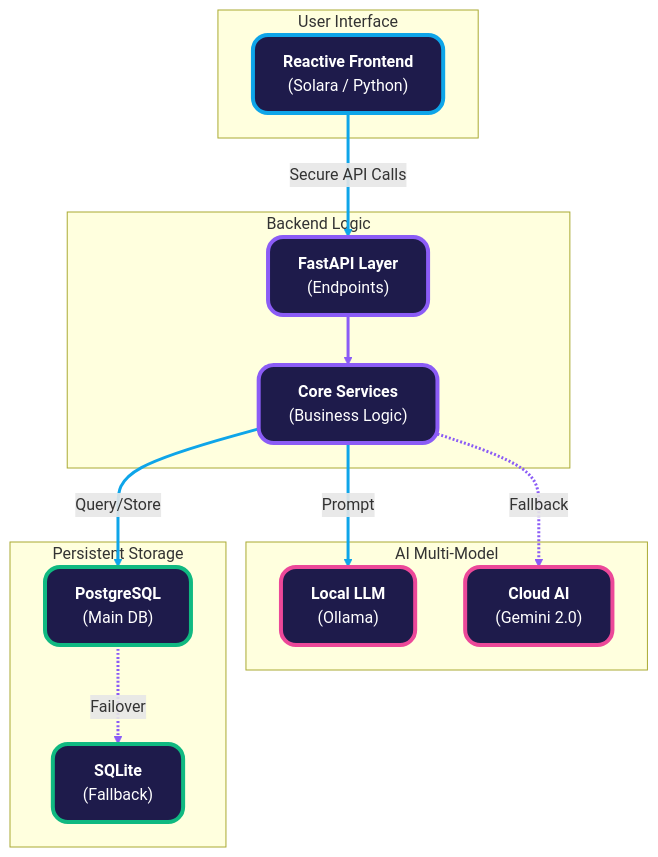
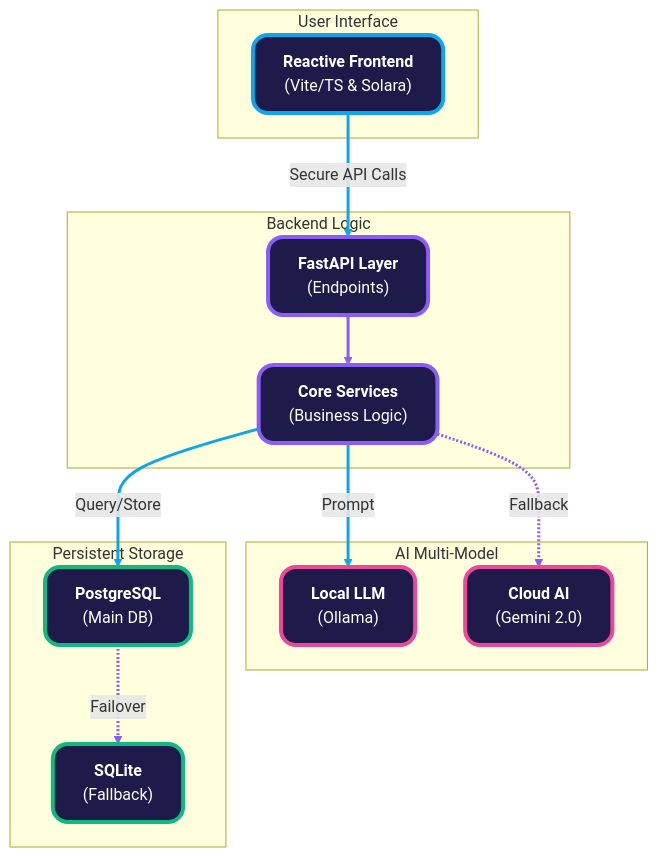
One commit to keshavmishra27/BlueprintAI changed the first of 2 diagrams in README.md. Above: the diagram before and after it, drawn with Mermaid. The commit also changed other lines of this file and 20 other files, not shown here.

````diff
--- a/README.md
+++ b/README.md
@@ -19,31 +19,31 @@
 ```mermaid
 graph TD
     classDef frontend fill:#1e1b4b,stroke:#0ea5e9,stroke-width:4px,color:#fff,rx:15,ry:15;
     classDef backend fill:#1e1b4b,stroke:#8b5cf6,stroke-width:4px,color:#fff,rx:15,ry:15;
     classDef ai fill:#1e1b4b,stroke:#ec4899,stroke-width:4px,color:#fff,rx:15,ry:15;
     classDef db fill:#1e1b4b,stroke:#10b981,stroke-width:4px,color:#fff,rx:15,ry:15;
     classDef cloud fill:#1e1b4b,stroke:#f59e0b,stroke-width:4px,color:#fff,rx:15,ry:15;
     subgraph UserZone [" User Interface"]
-        UI[" <b>Reactive Frontend</b><br/>(Solara / Python)"]:::frontend
+        UI[" <b>Reactive Frontend</b><br/>(Vite/TS & Solara)"]:::frontend
     end
     subgraph ServiceZone [" Backend Logic"]
         API["<b>FastAPI Layer</b><br/>(Endpoints)"]:::backend
         Biz[" <b>Core Services</b><br/>(Business Logic)"]:::backend
     end
     subgraph IntelligenceZone [" AI Multi-Model"]
         Ollama[" <b>Local LLM</b><br/>(Ollama)"]:::ai
         Gemini[" <b>Cloud AI</b><br/>(Gemini 2.0)"]:::ai
     end
     subgraph DataZone ["Persistent Storage"]
         PG["<b>PostgreSQL</b><br/>(Main DB)"]:::db
         SQL[" <b>SQLite</b><br/>(Fallback)"]:::db
     end
     UI ==>|Secure API Calls| API
     API --> Biz
     Biz ==>|Query/Store| PG
     PG -.->|Failover| SQL
     Biz ==>|Prompt| Ollama
     Biz -.->|Fallback| Gemini
     linkStyle 0,2,4 stroke:#0ea5e9,stroke-width:3px;
     linkStyle 1,3,5 stroke:#8b5cf6,stroke-width:3px;
 ```
````
